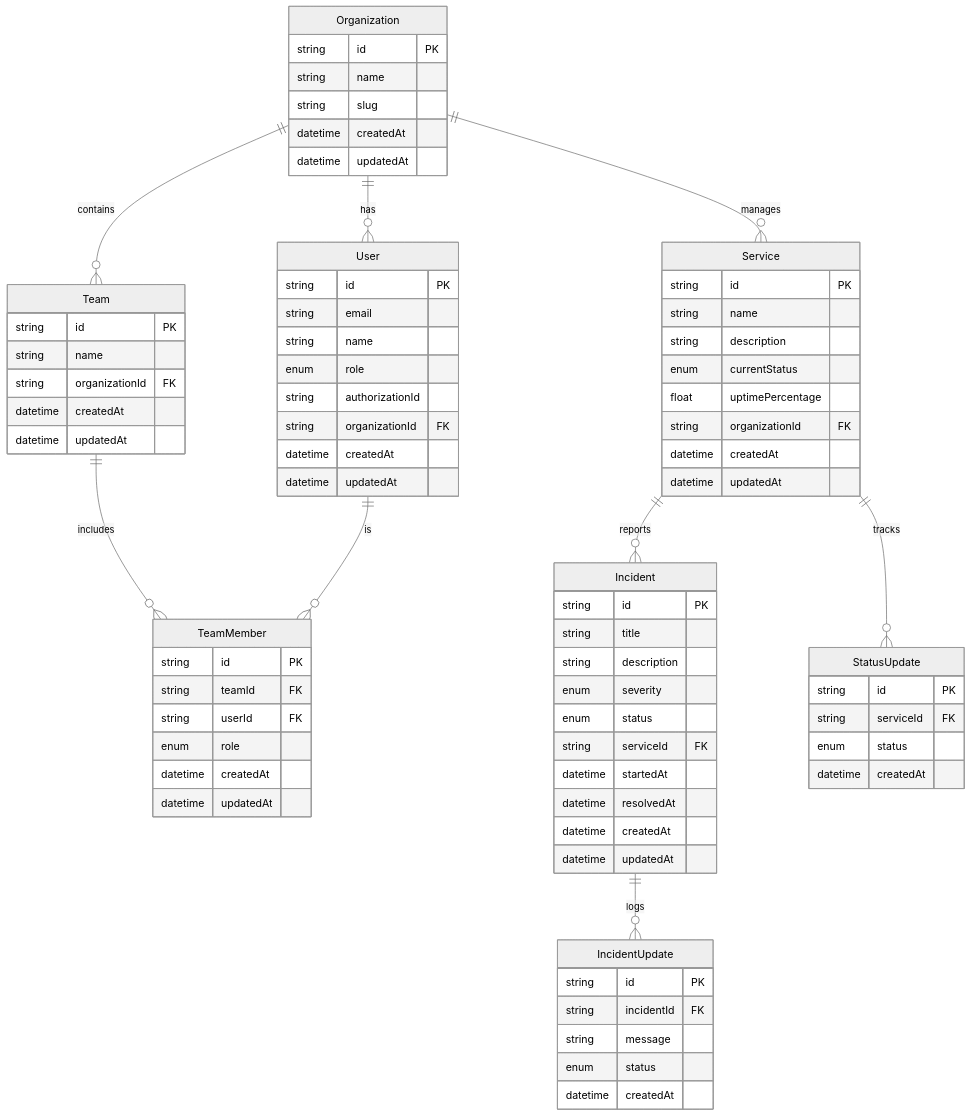
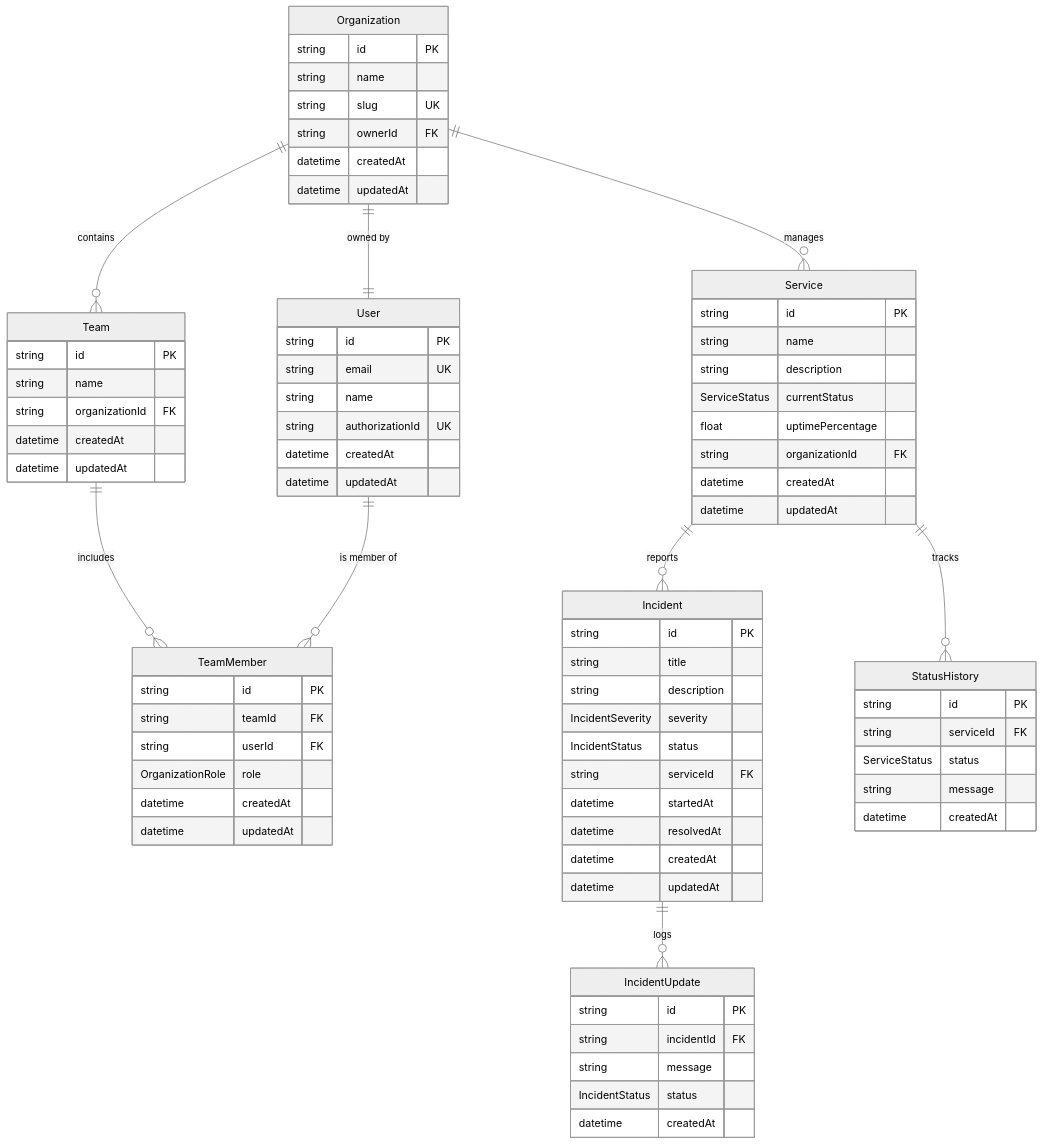
The third of 3 diagrams in README.md (sanaullahmohammed/pulse-watch), drawn with Mermaid (neutral theme) before and after one commit. The commit also changed other lines of this file, not shown here.

````diff
--- a/README.md
+++ b/README.md
@@ -213,29 +213,28 @@
 ```mermaid
 erDiagram
-    Organization ||--o{ User : has
+    Organization ||--|| User : "owned by"
     Organization ||--o{ Team : contains
     Organization ||--o{ Service : manages
     Team ||--o{ TeamMember : includes
-    User ||--o{ TeamMember : is
+    User ||--o{ TeamMember : "is member of"
     Service ||--o{ Incident : reports
-    Service ||--o{ StatusUpdate : tracks
+    Service ||--o{ StatusHistory : tracks
     Incident ||--o{ IncidentUpdate : logs
 
     Organization {
         string id PK
         string name
-        string slug
+        string slug UK
+        string ownerId FK
         datetime createdAt
         datetime updatedAt
     }
 
     User {
         string id PK
-        string email
+        string email UK
         string name
-        enum role
-        string authorizationId
-        string organizationId FK
+        string authorizationId UK
         datetime createdAt
         datetime updatedAt
     }
@@ -252,7 +251,7 @@
         string id PK
         string teamId FK
         string userId FK
-        enum role
+        OrganizationRole role
         datetime createdAt
         datetime updatedAt
     }
@@ -261,7 +260,7 @@
         string id PK
         string name
         string description
-        enum currentStatus
+        ServiceStatus currentStatus
         float uptimePercentage
         string organizationId FK
         datetime createdAt
@@ -272,8 +271,8 @@
         string id PK
         string title
         string description
-        enum severity
-        enum status
+        IncidentSeverity severity
+        IncidentStatus status
         string serviceId FK
         datetime startedAt
         datetime resolvedAt
@@ -281,10 +280,11 @@
         datetime updatedAt
     }
 
-    StatusUpdate {
+    StatusHistory {
         string id PK
         string serviceId FK
-        enum status
+        ServiceStatus status
+        string message
         datetime createdAt
     }
 
@@ -292,7 +292,7 @@
         string id PK
         string incidentId FK
         string message
-        enum status
+        IncidentStatus status
         datetime createdAt
     }
 ```
````
